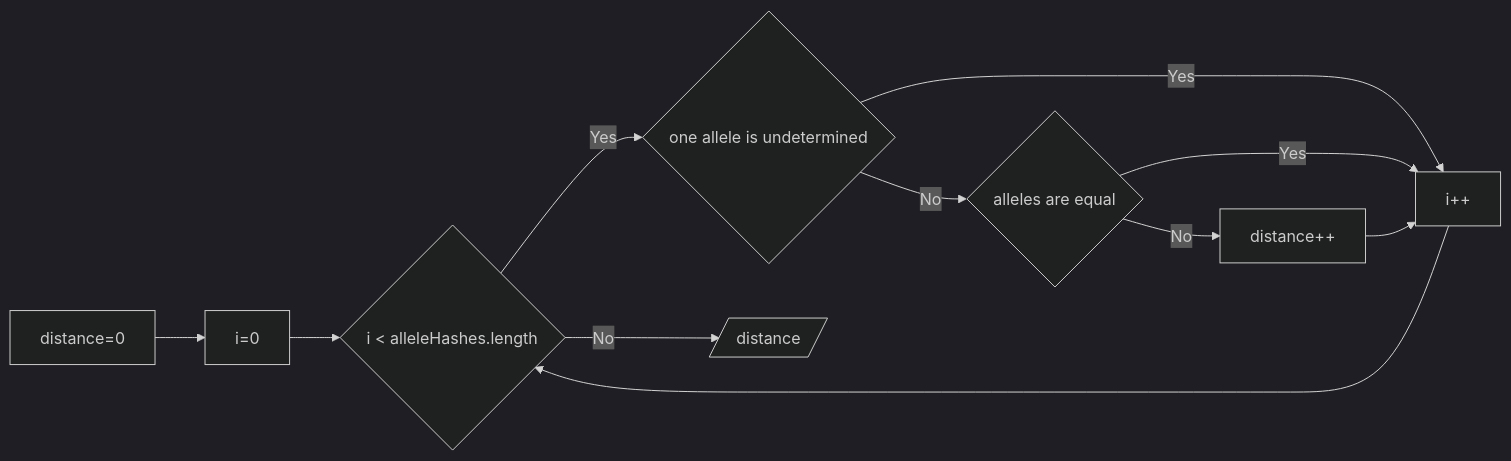
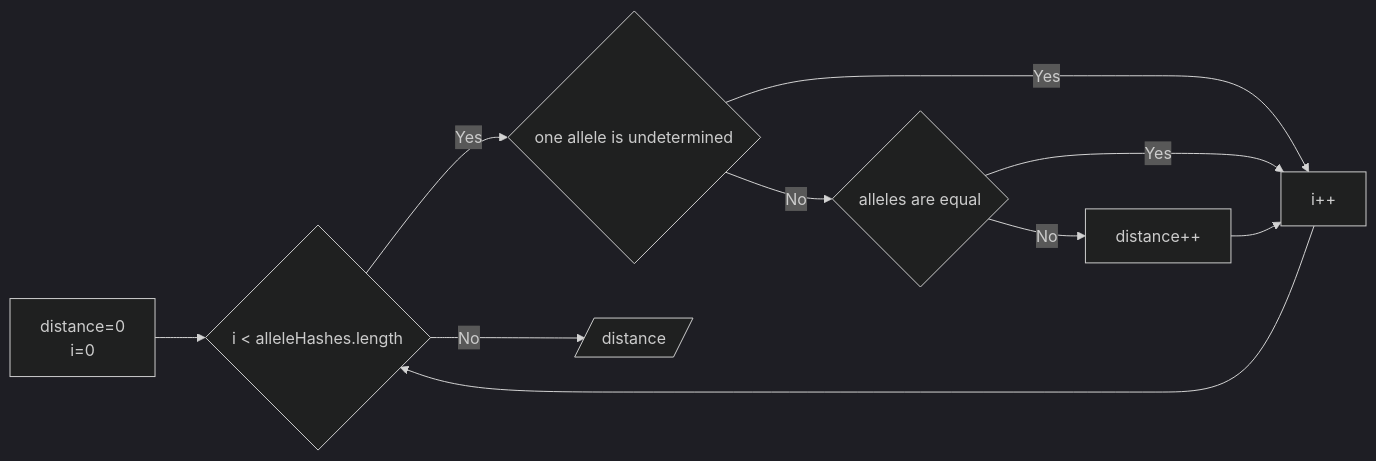
The third of 8 diagrams in documentation/docs/developers/data_management.md (DiltheyLab/GENTRAIN), drawn with Mermaid (dark theme) before and after one commit. The commit also changed other lines of this file and 3 other files, not shown here.

````diff
--- a/documentation/docs/developers/data_management.md
+++ b/documentation/docs/developers/data_management.md
@@ -192,16 +192,15 @@
 ```mermaid
 flowchart LR
-    A[distance=0] --> B
+    A["`distance=0
+    i=0`"] --> B{i < alleleHashes.length}
 
-    B[i=0] --> C{i < alleleHashes.length}
-
-    C -->|Yes| D{one allele is undetermined}
-    D -->|Yes| G
-    D -->|No| E{alleles are equal}
-    E -->|Yes| G
-    E -->|No| F[distance++]
-    F --> G
-    G[i++] --> C
-    C -->|No| H@{ shape: lean-r, label: "distance" }
+    B -->|Yes| C{one allele is undetermined}
+    C -->|Yes| F
+    C -->|No| D{alleles are equal}
+    D -->|Yes| F
+    D -->|No| E[distance++]
+    E --> F
+    F[i++] --> B
+    B -->|No| H@{ shape: lean-r, label: "distance" }
 
 ```
````
